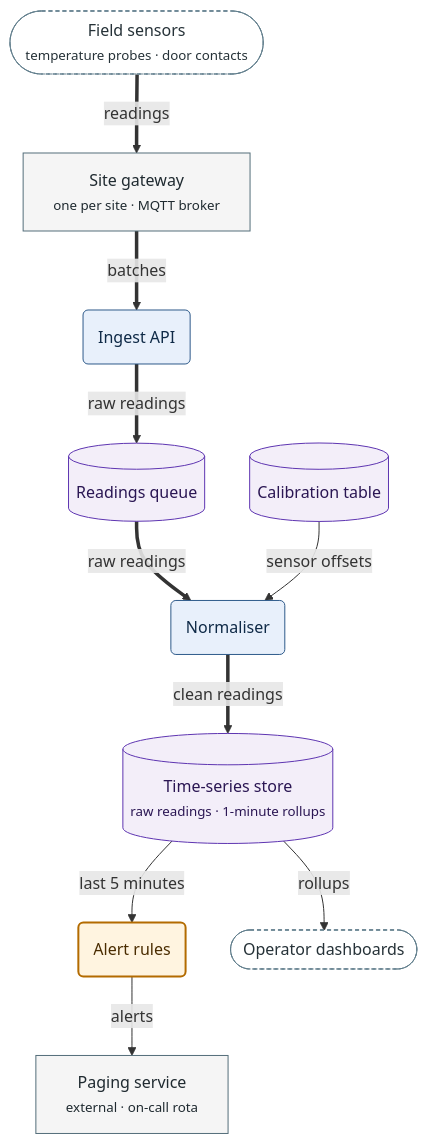
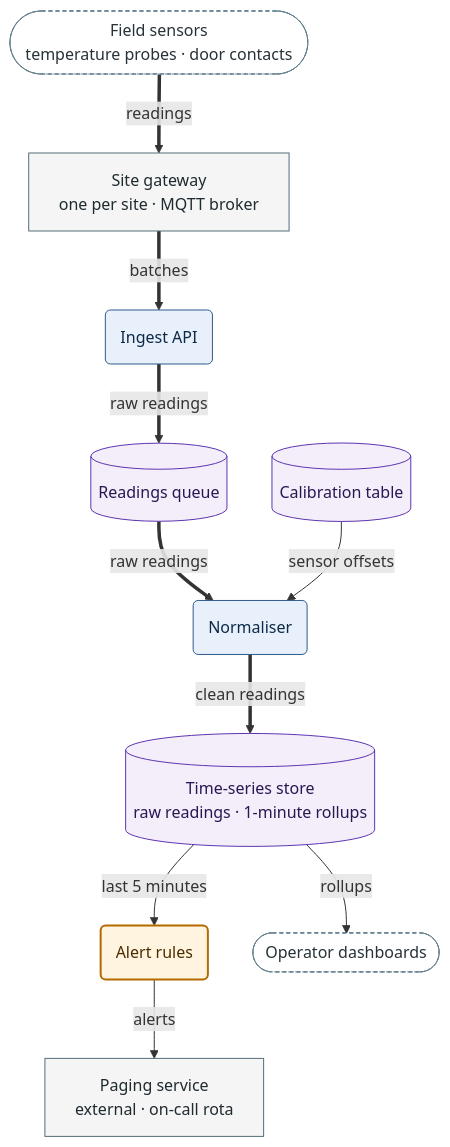
One commit to MatrixFounder/Agentic-development changed the second of 4 diagrams in .agent/skills/mermaid-authoring-guidelines/references/flowchart.md. Above: the diagram before and after it, drawn with Mermaid. The commit also changed other lines of this file and 41 other files, not shown here.

````diff
--- a/.agent/skills/mermaid-authoring-guidelines/references/flowchart.md
+++ b/.agent/skills/mermaid-authoring-guidelines/references/flowchart.md
@@ -214,35 +216,35 @@
 ```mermaid
-%%{init: {"layout": "dagre", "look": "classic", "flowchart": {"nodeSpacing": 45, "rankSpacing": 55, "wrappingWidth": 400}}}%%
+%%{init: {"layout": "dagre", "look": "classic", "flowchart": {"nodeSpacing": 45, "rankSpacing": 55, "wrappingWidth": 400}, "themeCSS": "foreignObject { overflow: visible; }"}}%%
 flowchart TB
   accTitle: Telemetry data flow
   accDescr: Where a reading goes, and what reads the store.
-  SENS(["Field sensors<br/><small>temperature probes · door contacts</small>"])
-  GW["Site gateway<br/><small>one per site · MQTT broker</small>"]
+  SENS(["Field sensors<br/>temperature probes · door contacts"])
+  GW["Site gateway<br/>one per site · MQTT broker"]
   ING("Ingest API")
   QUE[("Readings queue")]
   CAL[("Calibration table")]
   NORM("Normaliser")
-  TS[("Time-series store<br/><small>raw readings · 1-minute rollups</small>")]
+  TS[("Time-series store<br/>raw readings · 1-minute rollups")]
   ALR("Alert rules")
   DASH(["Operator dashboards"])
-  PAGE["Paging service<br/><small>external · on-call rota</small>"]
+  PAGE["Paging service<br/>external · on-call rota"]
   SENS ==>|"readings"| GW
   GW ==>|"batches"| ING
   ING ==>|"raw readings"| QUE
   QUE ==>|"raw readings"| NORM
   CAL -->|"sensor offsets"| NORM
   NORM ==>|"clean readings"| TS
   TS -->|"last 5 minutes"| ALR
   TS -->|"rollups"| DASH
   ALR -->|"alerts"| PAGE
   class SENS,DASH ext
   class ING,NORM wf
   class ALR wfNew
   class QUE,CAL,TS db
   class GW,PAGE svc
   classDef ext fill:#FFFFFF,stroke:#607D8B,color:#263238,stroke-dasharray:4 3
   classDef wf fill:#E8F0FB,stroke:#2E5A8A,color:#0F2A47
   classDef wfNew fill:#FFF4E0,stroke:#B36B00,color:#4A2C00,stroke-width:2px
   classDef db fill:#F3EEF9,stroke:#5E35B1,color:#2A1653
   classDef svc fill:#F5F5F5,stroke:#546E7A,color:#1F2A30
 ```
````
